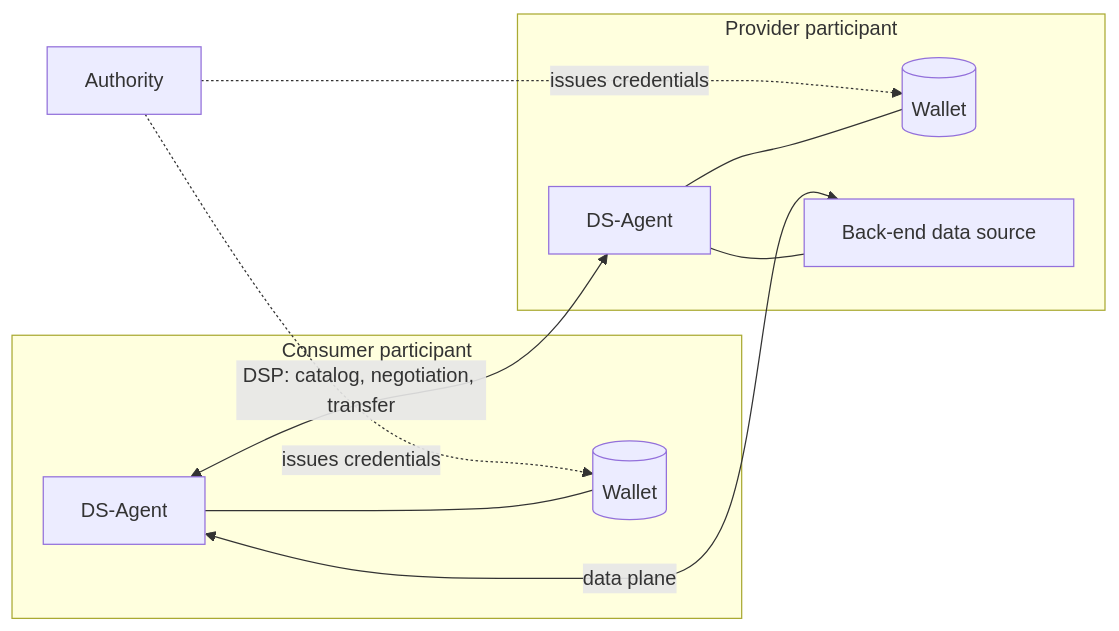
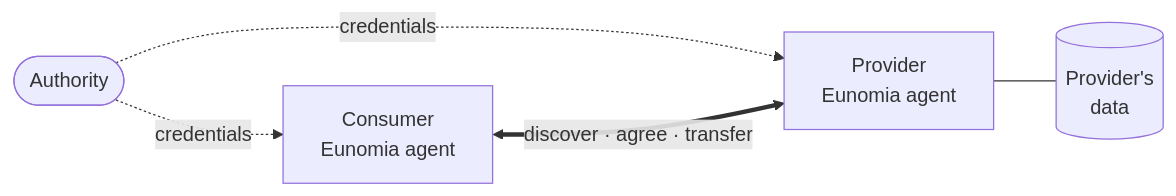
Before and after one commit to EunomiaUPM/ds-agent: the first of 3 diagrams in README.md, drawn with Mermaid. The commit also changed other lines of this file and 2 other files, not shown here.

````diff
--- a/README.md
+++ b/README.md
@@ -19,23 +39,12 @@
 ```mermaid
 flowchart LR
-    subgraph Consumer["Consumer participant"]
-        CA[DS-Agent]
-        CW[(Wallet)]
-        CA --- CW
-    end
+    AUTH(["Authority"])
+    P["Provider<br/>Eunomia agent"]
+    C["Consumer<br/>Eunomia agent"]
+    DATA[("Provider's<br/>data")]
 
-    subgraph Provider["Provider participant"]
-        PA[DS-Agent]
-        PW[(Wallet)]
-        PB[Back-end data source]
-        PA --- PW
-        PA --- PB
-    end
-
-    AUTH[Authority]
-
-    CA <-- "DSP: catalog, negotiation, transfer" --> PA
-    AUTH -. "issues credentials" .-> CW
-    AUTH -. "issues credentials" .-> PW
-    CA <-- "data plane" --> PB
+    AUTH -. credentials .-> P
+    AUTH -. credentials .-> C
+    C <== "discover · agree · transfer" ==> P
+    P --- DATA
 ```
````
